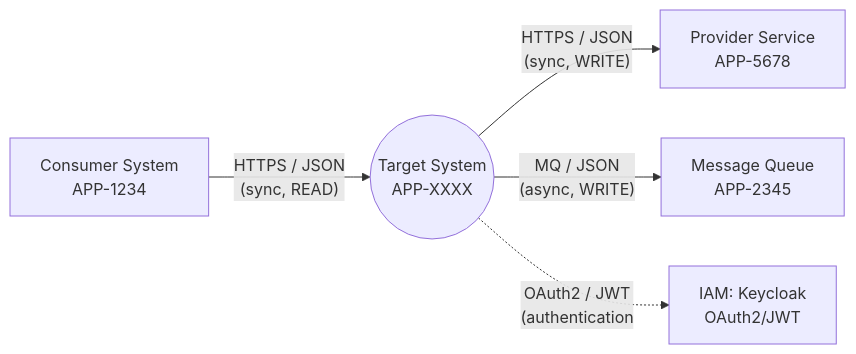
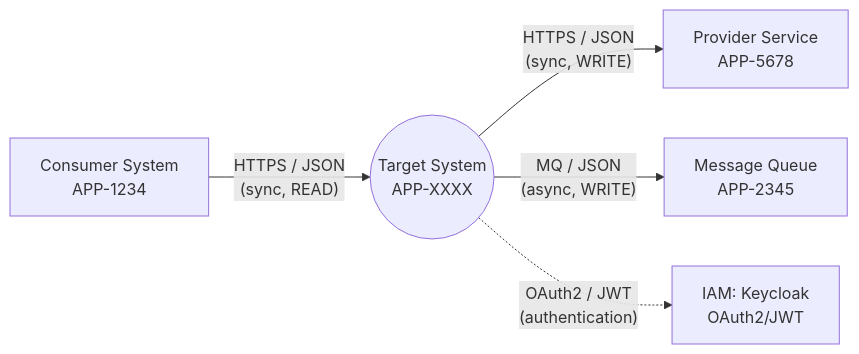
Before and after one commit to jhofer/vscode-markdown-editor: the fourth of 4 diagrams in testfolder/mermaid-demo.md, drawn with Mermaid.

Commit message:
fix: close unmatched parenthesis in mermaid demo's last diagram
The dashed sys -.-> iam edge label read `"OAuth2 / JWT\n(authentication"`
- an opening paren with no closing one. Currently-pinned mermaid
(11.17.2) tolerates it, but it's a plain content typo and the most
likely thing to trip up parsing on a different engine/version, so fix
it to `"...(authentication)"` regardless.

Verified via mermaid.parse()/render() directly, via the exact
sequential per-diagram order the shared "mermaid" render queue uses
(including right after the file's intentionally-broken third diagram),
and via the app's own renderMermaid() bundled from source against the
byte-exact fence content - all four diagrams, this one included, parse
and render to valid SVG in every case tried.

Claude-Session: https://claude.ai/code/session_01MAXEtvUgPoHhrVsNAFBnQV

````diff
--- a/testfolder/mermaid-demo.md
+++ b/testfolder/mermaid-demo.md
@@ -40,18 +40,18 @@
 ```mermaid
 flowchart LR
   %% Technical Context - communication types/formats
   consumer["Consumer System\nAPP-1234"]
   provider["Provider Service\nAPP-5678"]
   queue["Message Queue\nAPP-2345"]
   iam["IAM: Keycloak\nOAuth2/JWT"]
   sys(("Target System\nAPP-XXXX"))
 
   consumer -->|"HTTPS / JSON\n(sync, READ)"| sys
   sys -->|"HTTPS / JSON\n(sync, WRITE)"| provider
   sys -->|"MQ / JSON\n(async, WRITE)"| queue
-  sys -.->|"OAuth2 / JWT\n(authentication"| iam
+  sys -.->|"OAuth2 / JWT\n(authentication)"| iam
 
   %% Notes:
   %% - Show protocol/format and sync/async
   %% - Keep it black-box; no internal decomposition
 ```
````
